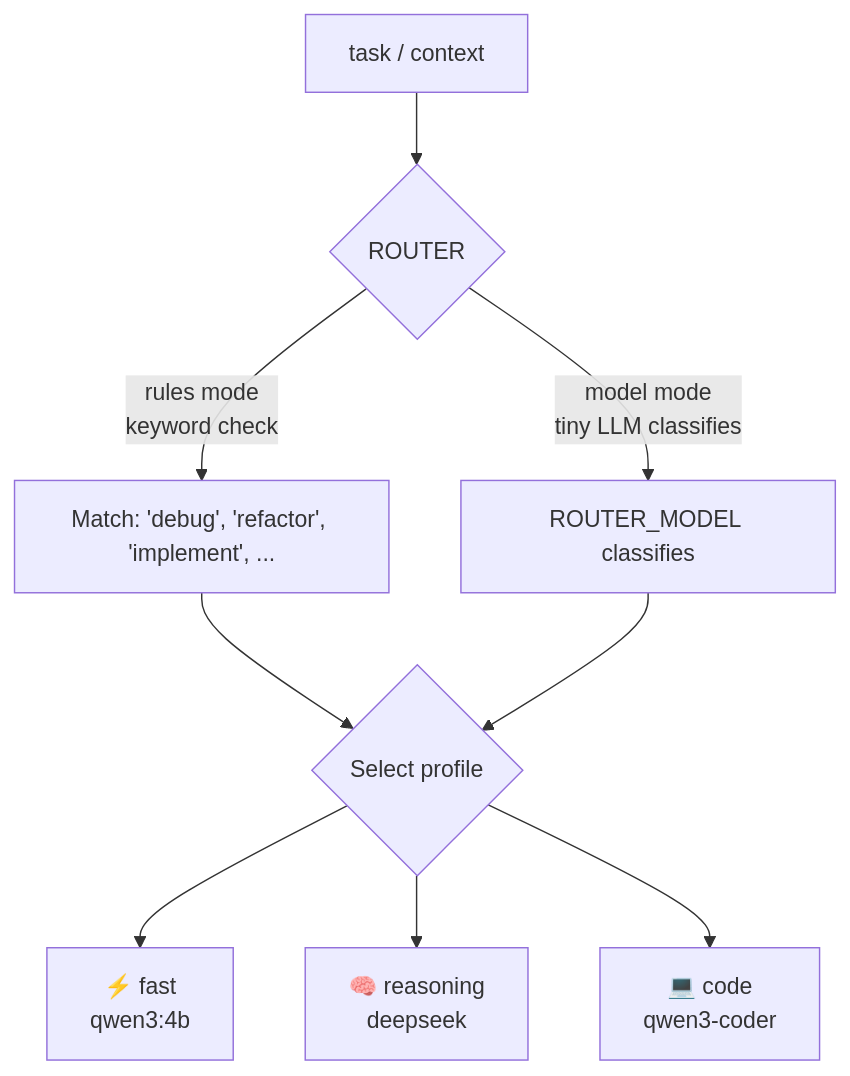
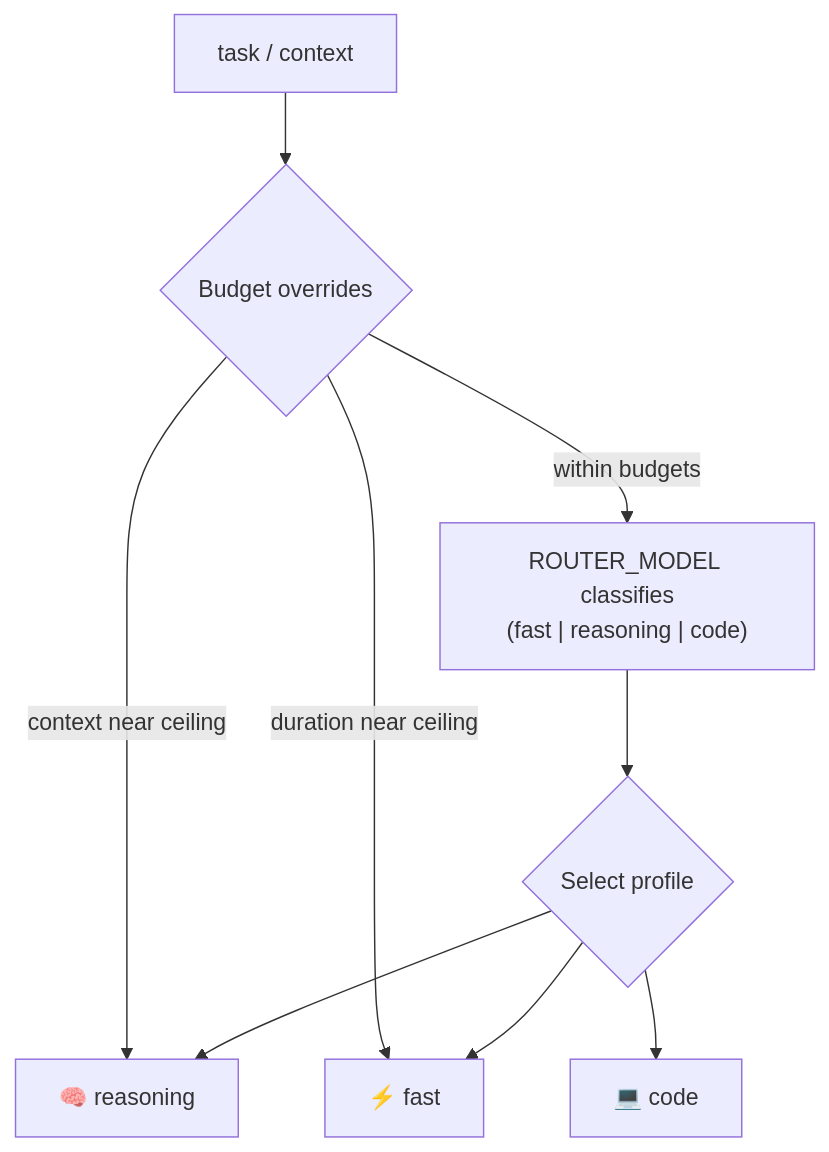
Before and after one commit to Guebbit/manna: the second of 3 diagrams in docs/model-selection.md, drawn with Mermaid. The commit also changed other lines of this file and 5 other files, not shown here.

````diff
--- a/docs/model-selection.md
+++ b/docs/model-selection.md
@@ -53,11 +53,11 @@
 ```mermaid
 flowchart TD
-    Input["task / context"] --> Router{"ROUTER"}
-    Router -->|"rules mode\nkeyword check"| Rules["Match: 'debug', 'refactor', 'implement', ..."]
-    Router -->|"model mode\ntiny LLM classifies"| Classify["ROUTER_MODEL classifies"]
-    Rules --> Select{"Select profile"}
-    Classify --> Select
-    Select --> Fast["⚡ fast\nqwen3:4b"]
-    Select --> Reasoning["🧠 reasoning\ndeepseek"]
-    Select --> Code["💻 code\nqwen3-coder"]
+    Input["task / context"] --> Budgets{"Budget overrides"}
+    Budgets -->|"context near ceiling"| Reasoning["🧠 reasoning"]
+    Budgets -->|"duration near ceiling"| Fast["⚡ fast"]
+    Budgets -->|"within budgets"| Classify["ROUTER_MODEL classifies\n(fast | reasoning | code)"]
+    Classify --> Select{"Select profile"}
+    Select --> Fast
+    Select --> Reasoning
+    Select --> Code["💻 code"]
 ```
````
